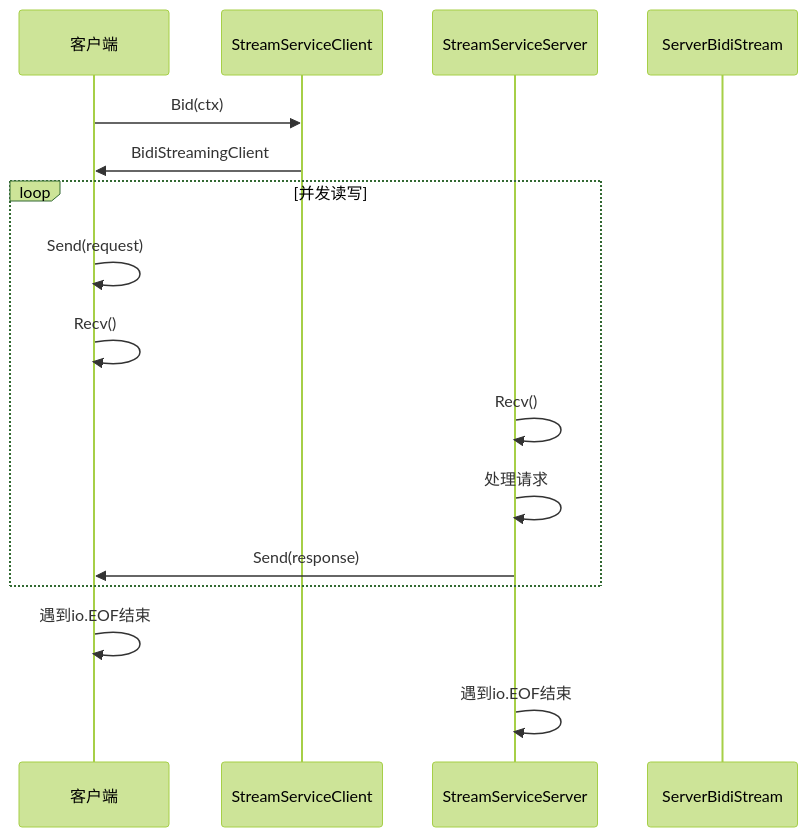
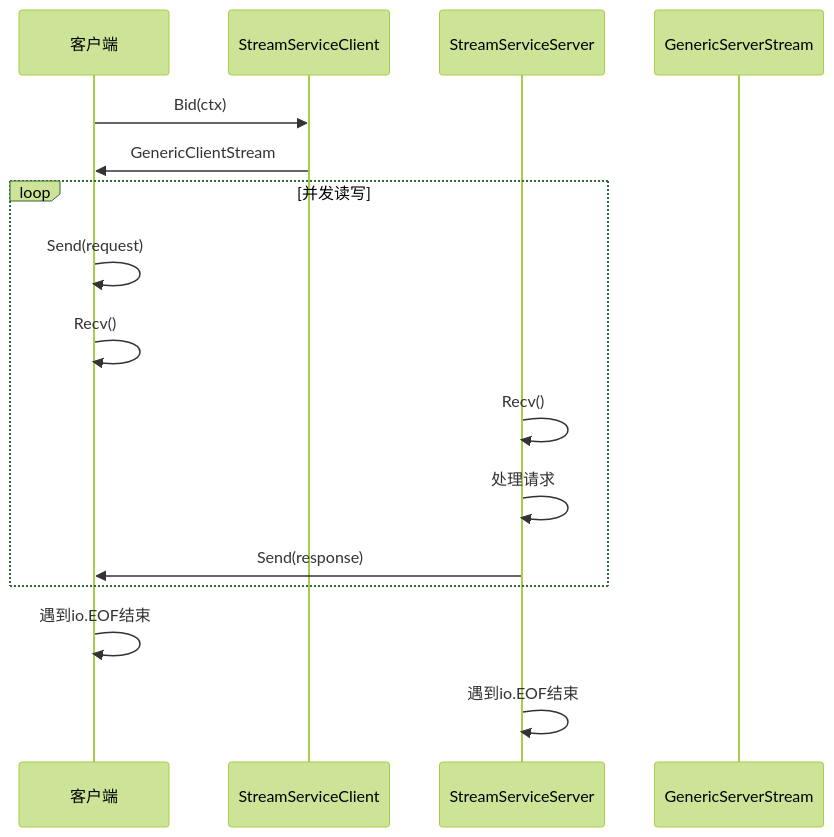
Before and after one commit to soyacen/goose: the ninth of 15 diagrams in .agents/repowiki/zh/content/示例和最佳实践/WebSocket流式系统.md, drawn with Mermaid (forest theme). The commit also changed other lines of this file and 7 other files, not shown here.

First line of the commit message:
Refactor WebSocket client and server stream handling

````diff
--- a/.agents/repowiki/zh/content/示例和最佳实践/WebSocket流式系统.md
+++ b/.agents/repowiki/zh/content/示例和最佳实践/WebSocket流式系统.md
@@ -372,18 +392,18 @@
 ```mermaid
 sequenceDiagram
 participant Client as 客户端
 participant Service as StreamServiceClient
 participant Server as StreamServiceServer
-participant Stream as ServerBidiStream
+participant Stream as GenericServerStream
 Client->>Service : Bid(ctx)
-Service->>Client : BidiStreamingClient
+Service->>Client : GenericClientStream
 loop 并发读写
 Client->>Client : Send(request)
 Client->>Client : Recv()
 Server->>Server : Recv()
 Server->>Server : 处理请求
 Server->>Client : Send(response)
 end
 Client->>Client : 遇到io.EOF结束
 Server->>Server : 遇到io.EOF结束
 ```
````
